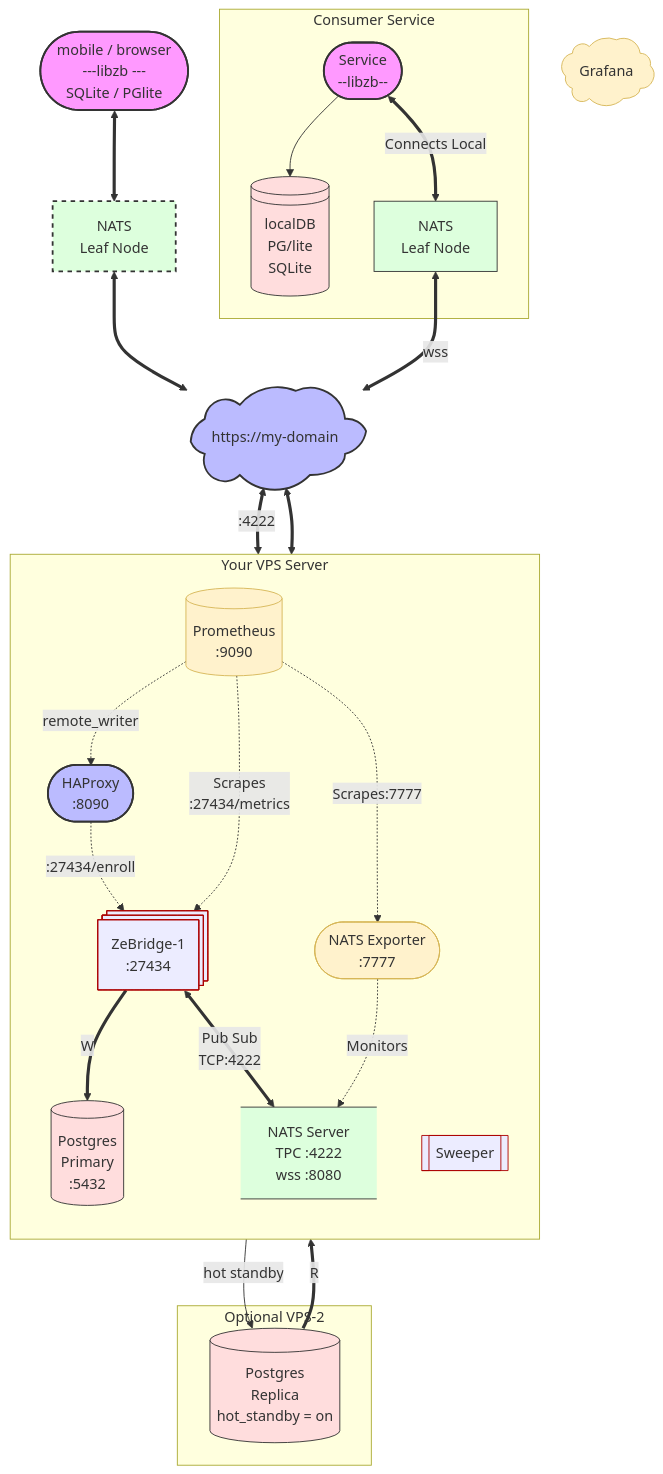
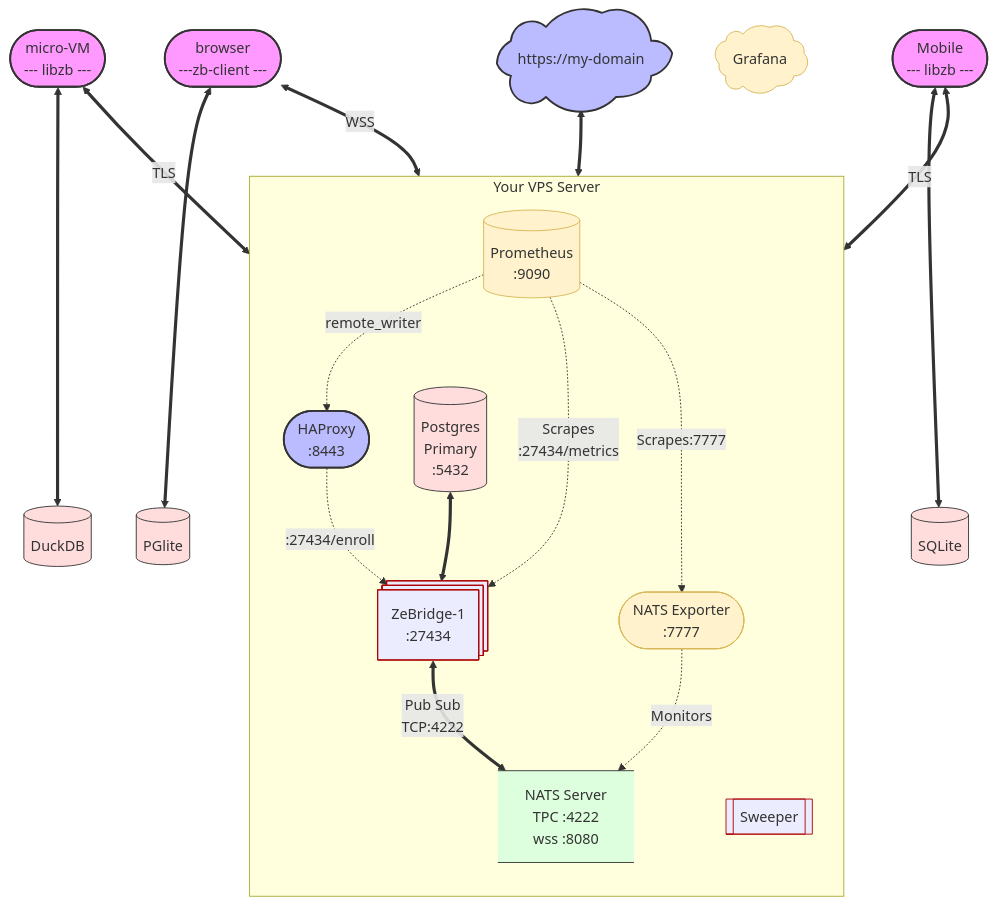
Before and after one commit to ndrean/ZeBridge: the second of 2 diagrams in README.md, drawn with Mermaid. The commit also changed other lines of this file, not shown here.

```diff
--- a/README.md
+++ b/README.md
@@ -222,14 +224,29 @@
     classDef maybe_external fill:#dfd,stroke:#333,stroke-width:2px,stroke-dasharray: 5 5;
 
     %% External Clients
-    User([mobile / browser <br> ---libzb --- <br>SQLite / PGlite]):::external
-    LocalDB[(localDB <br>PG/lite<br>SQLite)]:::secure
-    LocalDB@{shape: lin-cyl}
-    RemoteLeaf[NATS<br>Leaf Node]:::internal
-    RemoteLeaf2[NATS<br>Leaf Node]:::maybe_external
-    Consumer([Service <br> --libzb--]):::external
+    MicroVM([micro-VM<br> --- libzb ---]):::external
+    UserBrowser([browser <br> ---zb-client ---]):::external
+    UserMobile([Mobile <br> --- libzb --- ]):::external
+
+    LocalDuckDB[(DuckDB)]:::secure
+    LocalSQLite[(SQLite)]:::secure
+    LocalPGlite[(PGlite)]:::secure
+
     Grafana([Grafana]):::telemetry
     Grafana@{ shape: cloud}
+
+    %% External Connections to Cloudflare
+    %%CF <==> |:8080 browser| NATS
+    MicroVM <==> |TLS| NATS
+    MicroVM <==>LocalDuckDB
+    %%PG -->|hot standby| PGREP
+    UserBrowser <==>|WSS| NATS
+    UserBrowser <==>LocalPGlite
+    UserMobile <==> |TLS| NATS
+    UserMobile <==>LocalSQLite
+    %%UserBrowser --> CF
+    %%UserMobile --> CF
+    %%MicroVM --> CF
 
 
     %% Cloudflare Edge
@@ -237,15 +254,15 @@
         CF([https://my-domain]):::proxy
         CF@{ shape: cloud}
     %% end 
-    subgraph VPS-2 [Optional VPS-2]
-      PGREP[(Postgres<br>Replica <br>hot_standby = on)]:::secure
-    end
+    %%subgraph VPS-2 [Optional VPS-2]
+      %%PGREP[(Postgres<br>Replica <br>hot_standby = on)]:::secure
+    %%end
 
     %% VPS Boundary
     subgraph VPS [Your VPS Server]
         direction TB
         
-        HA([HAProxy<br>:8090]):::proxy
+        HA([HAProxy<br>:8443]):::proxy
         %% Internal Apps
         Prom[(Prometheus<br> :9090)]:::telemetry
         NatsExp([NATS Exporter<br>:7777]):::telemetry
@@ -256,35 +273,21 @@
         NATS@{shape: data-store}
         
         %% Telemetry & Monitoring Stack
+        HA -.->|:27434/enroll| Bridge
         
         Sweeper[[Sweeper]]:::bridge
     end
 
-    subgraph Consumer Service
-      Consumer
-      LocalDB
-      RemoteLeaf
-    end
-    %% External Connections to Cloudflare
-    PG -->|hot standby| PGREP
-    User <==>RemoteLeaf2
-    RemoteLeaf2 <==>CF
-    CF <==> |:4222| NATS
-    RemoteLeaf <==>|wss| CF
-    Consumer <==>|Connects Local| RemoteLeaf
-    Consumer -->LocalDB
 
     %% Cloudflare to HAProxy Subdomain Routing
     CF <==> HA
 
-
     %% Internal Component Dependencies
-    PGREP ==>|R|Bridge
-    Bridge ==>|W| PG
+    %%PG ==>|R|Bridge
+    PG <==> Bridge
     Bridge <==>|Pub Sub  <br> TCP:4222| NATS
     
     %% HAProxy Internal Layer 7 Routing
-    HA -.->|:27434/enroll| Bridge
     %%HA <==>|wss://localhost:8080| NATS
 
     %% Telemetry Data Flow
```
